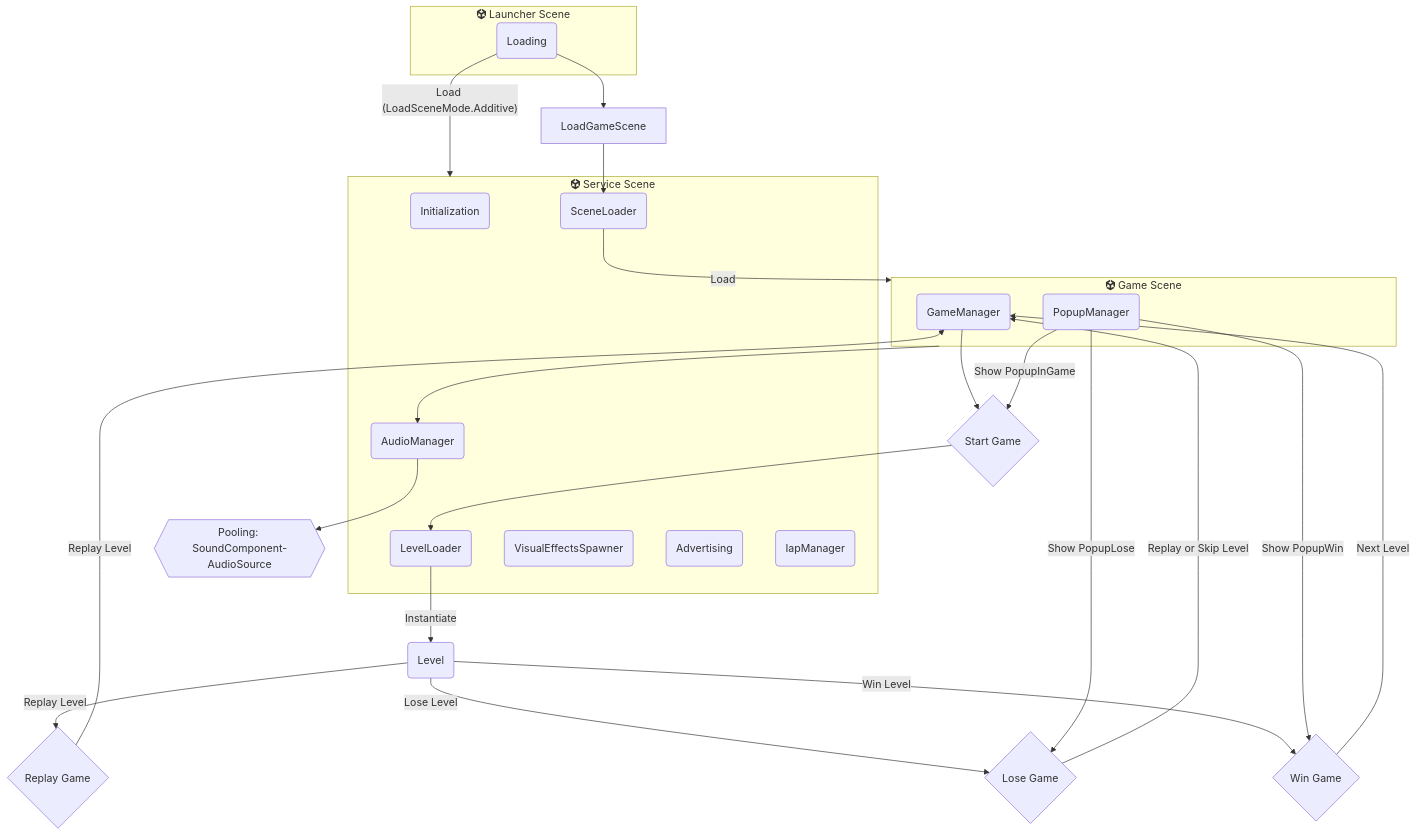
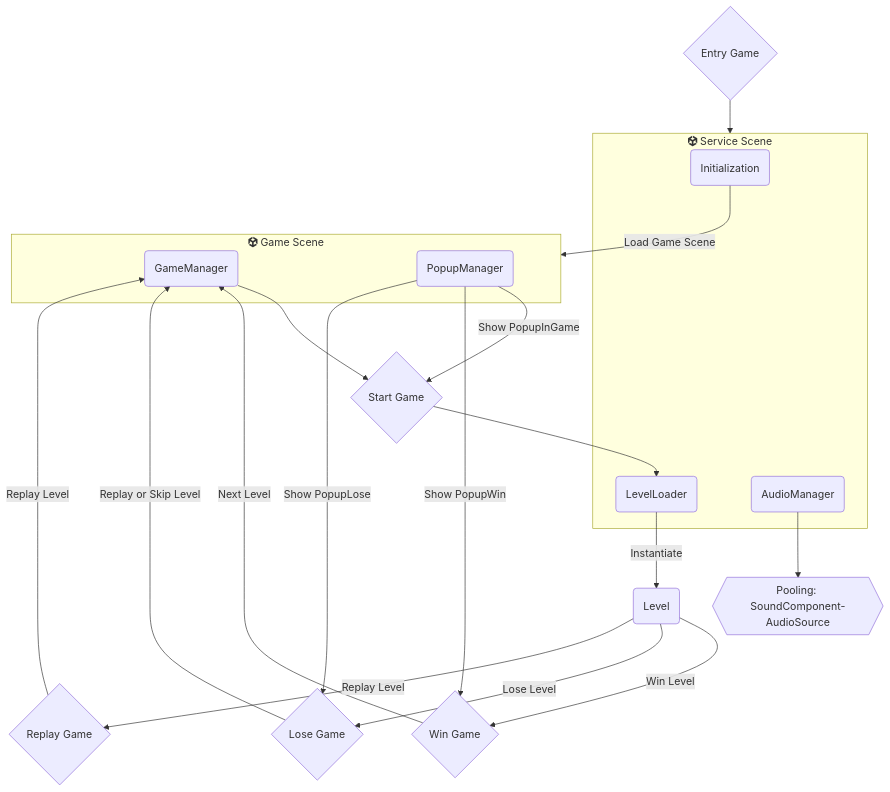
Before and after one commit to VirtueSky/TheBeginning_2: the diagram in README.md, drawn with Mermaid.

````diff
--- a/README.md
+++ b/README.md
@@ -11,35 +11,25 @@
 ```mermaid
-flowchart TB
-    subgraph LauncherScene["<i class="fa-brands fa-unity"></i> Launcher Scene"]
-    Loading(Loading)
-    end
+flowchart TD
 
-    subgraph ServiceScene["<i class="fa-brands fa-unity"></i> Service Scene"]
+subgraph ServiceScene["<i class="fa-brands fa-unity"></i> Service Scene"]
     Initialization(Initialization)
-    SceneLoader(SceneLoader)
     LevelLoader(LevelLoader)
     AudioManager(AudioManager)
-    VisualEffectsSpawner(VisualEffectsSpawner)
-    Advertising(Advertising)
-    IapManager(IapManager)
     end
 
     subgraph GameScene["<i class="fa-brands fa-unity"></i> Game Scene"]
     GameManager(GameManager)
     PopupManager(PopupManager)
     end
-
-    GameScene --> AudioManager --> SoundComponent{{Pooling: SoundComponent-AudioSource}}
-
-
-    Loading --Load (LoadSceneMode.Additive)--> ServiceScene
-    Loading --> LoadGameScene --> SceneLoader --Load--> GameScene
+    EntryGame{Entry Game} --> ServiceScene
+    AudioManager --> SoundComponent{{Pooling: SoundComponent-AudioSource}}
+    Initialization --Load Game Scene--> GameScene 
     GameManager --> StartGame{Start Game} --> LevelLoader --Instantiate--> Level(Level)
     PopupManager --Show PopupInGame--> StartGame
     Level --Win Level--> WinGame{Win Game} --Next Level-->GameManager
     Level --Lose Level--> LoseGame{Lose Game} --Replay or Skip Level-->GameManager
     Level --Replay Level--> ReplayGame{Replay Game}
     ReplayGame --Replay Level--> GameManager
     PopupManager --Show PopupWin--> WinGame
     PopupManager --Show PopupLose--> LoseGame
 ```
````
